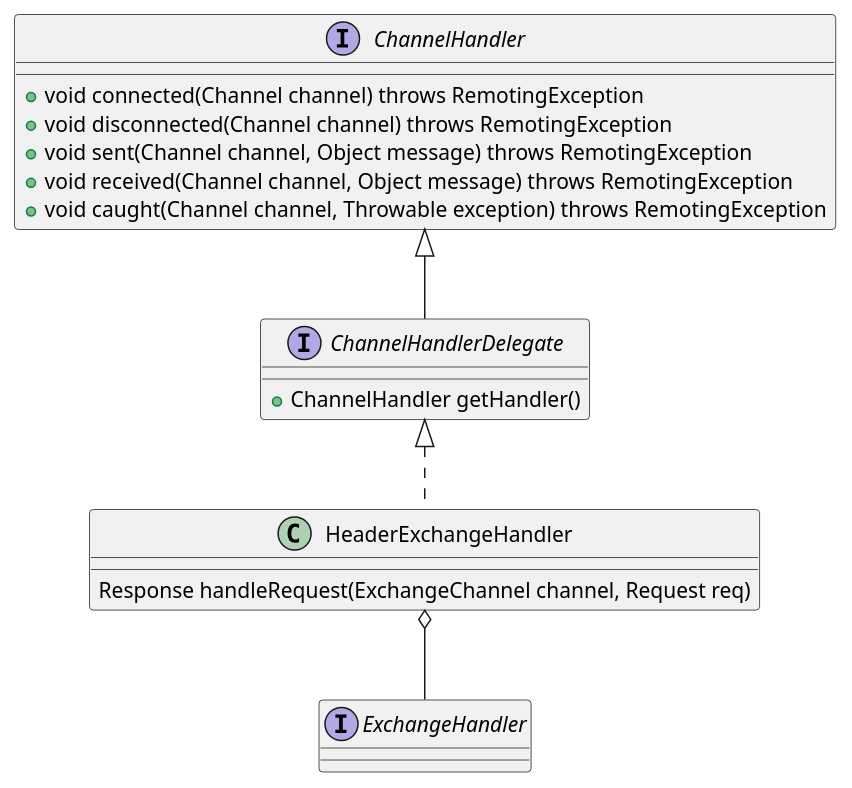
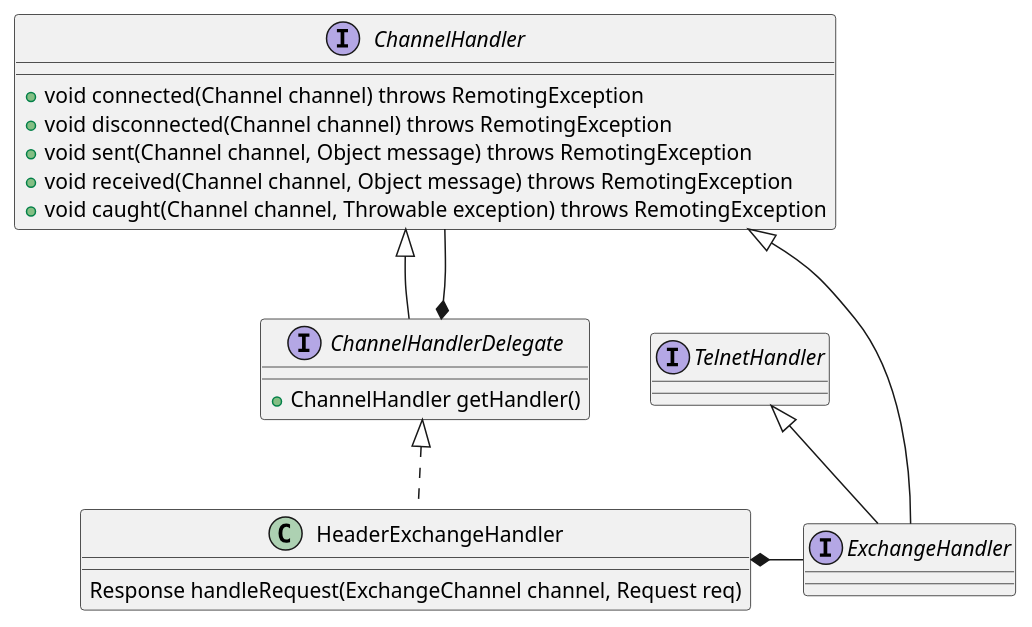
Before and after one commit to onlyonion/development: the diagram in docs/30-distributed/src/dubbo/remoting/exchange/support/header/HeaderExchangeHandler.md, drawn with PlantUML. The commit also changed other lines of this file and 20 other files, not shown here.

````diff
--- a/docs/30-distributed/src/dubbo/remoting/exchange/support/header/HeaderExchangeHandler.md
+++ b/docs/30-distributed/src/dubbo/remoting/exchange/support/header/HeaderExchangeHandler.md
@@ -10,26 +4,33 @@
 ```plantuml
 @startuml
 
 interface ChannelHandler {
     + void connected(Channel channel) throws RemotingException
     + void disconnected(Channel channel) throws RemotingException
     + void sent(Channel channel, Object message) throws RemotingException
     + void received(Channel channel, Object message) throws RemotingException
     + void caught(Channel channel, Throwable exception) throws RemotingException
 }
 
 ChannelHandler ^-- ChannelHandlerDelegate
 interface ChannelHandlerDelegate {
     + ChannelHandler getHandler()
 }
+ChannelHandlerDelegate *-- ChannelHandler
 
 ChannelHandlerDelegate ^.. HeaderExchangeHandler
 class HeaderExchangeHandler {
     Response handleRequest(ExchangeChannel channel, Request req)
 }
 
-HeaderExchangeHandler o-- ExchangeHandler
+HeaderExchangeHandler *- ExchangeHandler
+
+interface ChannelHandler
+interface TelnetHandler 
 interface ExchangeHandler
+
+ChannelHandler ^-- ExchangeHandler
+TelnetHandler ^-- ExchangeHandler
 
 @enduml
 ```
````
